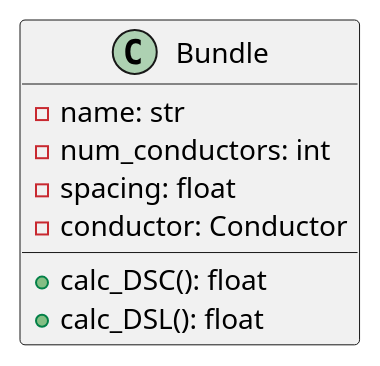
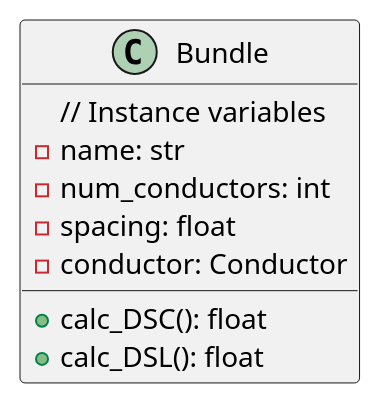
Before and after one commit to JLipnerPitt/ECE2774-ADV-POWER-SYSTEMS-ANALYSIS: the first of 17 diagrams in project2.plantuml, drawn with PlantUML. The commit also changed other lines of this file, not shown here.

```diff
--- a/project2.plantuml
+++ b/project2.plantuml
@@ -1,10 +1,11 @@
 @startuml Bundle
 class Bundle {
+    // Instance variables
     -name: str
     -num_conductors: int
     -spacing: float
     -conductor: Conductor
     +calc_DSC(): float
     +calc_DSL(): float
 }
 @enduml
```
